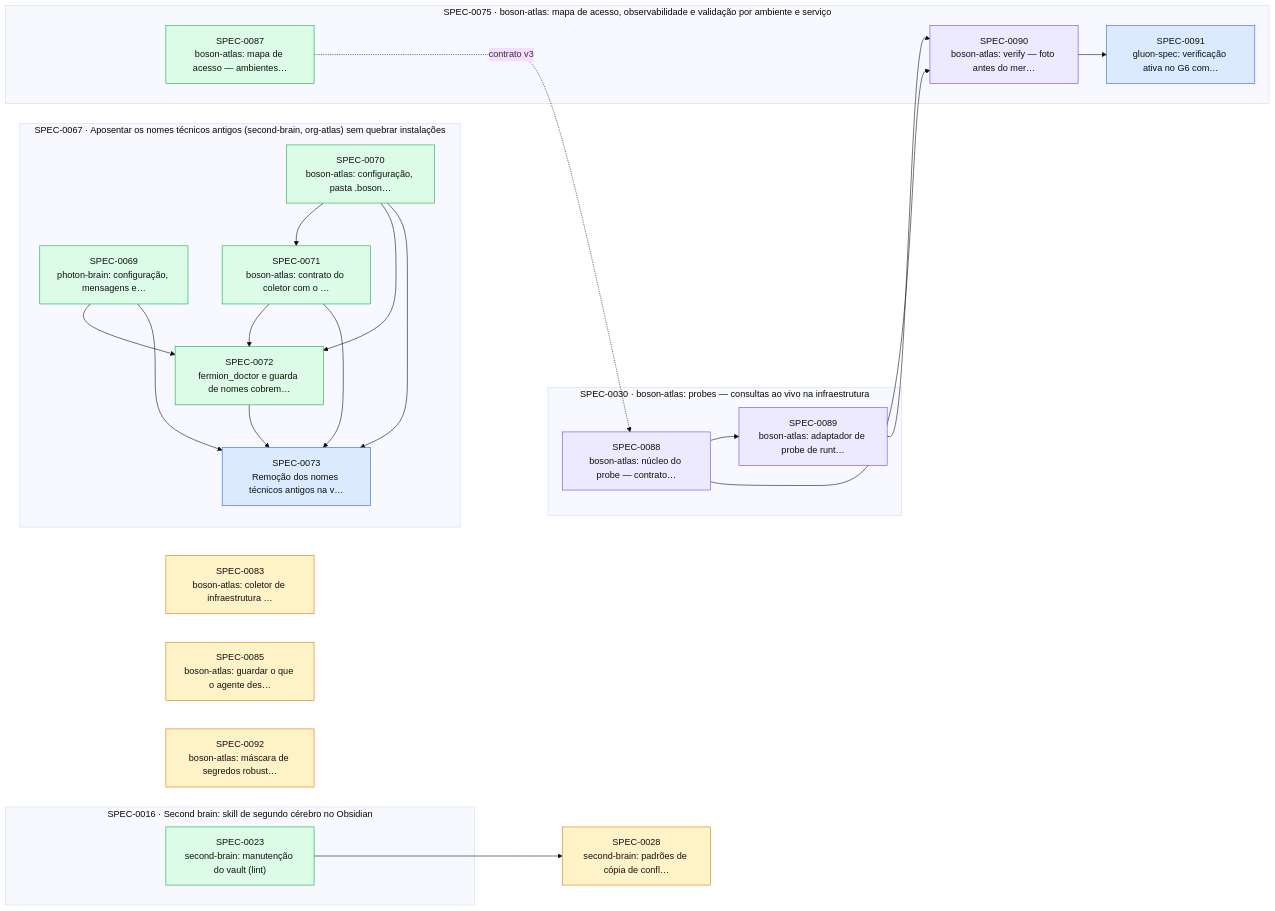
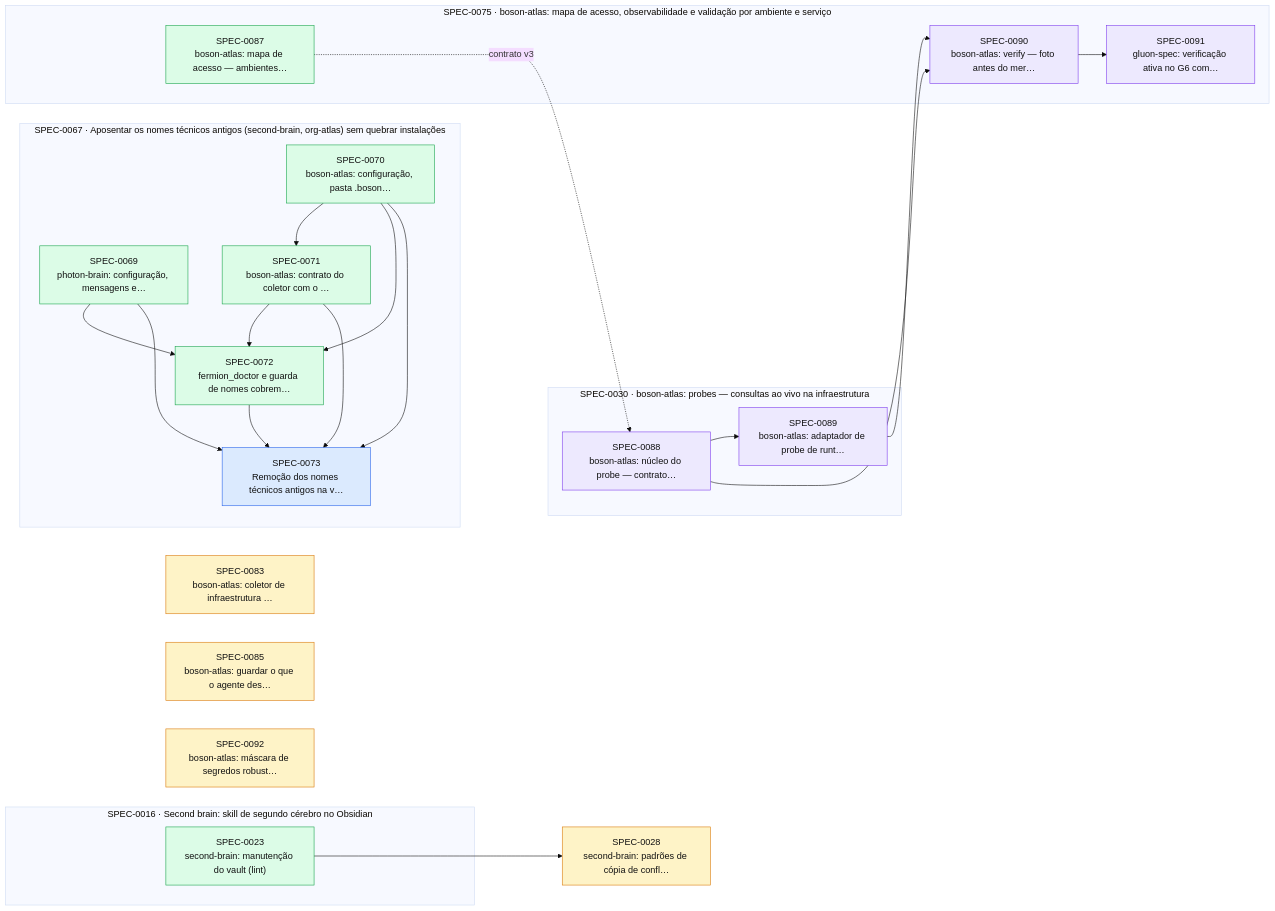
Before and after one commit to thomasravache/ai-dev-brain: the diagram in docs/specs/INDEX.md, drawn with Mermaid (base theme). The commit also changed other lines of this file and 1 other file, not shown here.

First line of the commit message:
docs(specs): planeja a implementação da SPEC-0091

````diff
--- a/docs/specs/INDEX.md
+++ b/docs/specs/INDEX.md
@@ -68,45 +68,45 @@
 ```mermaid
 flowchart LR
   S0028["SPEC-0028<br/>second-brain: padrões de cópia de confl…"]:::proposed
   S0083["SPEC-0083<br/>boson-atlas: coletor de infraestrutura …"]:::proposed
   S0085["SPEC-0085<br/>boson-atlas: guardar o que o agente des…"]:::proposed
   S0092["SPEC-0092<br/>boson-atlas: máscara de segredos robust…"]:::proposed
   subgraph E0016["SPEC-0016 · Second brain: skill de segundo cérebro no Obsidian"]
     S0023["SPEC-0023<br/>second-brain: manutenção do vault (lint)"]:::implemented
   end
   subgraph E0030["SPEC-0030 · boson-atlas: probes — consultas ao vivo na infraestrutura"]
     S0088["SPEC-0088<br/>boson-atlas: núcleo do probe — contrato…"]:::inprogress
     S0089["SPEC-0089<br/>boson-atlas: adaptador de probe de runt…"]:::inprogress
   end
   subgraph E0067["SPEC-0067 · Aposentar os nomes técnicos antigos (second-brain, org-atlas) sem quebrar instalações"]
     S0069["SPEC-0069<br/>photon-brain: configuração, mensagens e…"]:::implemented
     S0070["SPEC-0070<br/>boson-atlas: configuração, pasta .boson…"]:::implemented
     S0071["SPEC-0071<br/>boson-atlas: contrato do coletor com o …"]:::implemented
     S0072["SPEC-0072<br/>fermion_doctor e guarda de nomes cobrem…"]:::implemented
     S0073["SPEC-0073<br/>Remoção dos nomes técnicos antigos na v…"]:::approved
   end
   subgraph E0075["SPEC-0075 · boson-atlas: mapa de acesso, observabilidade e validação por ambiente e serviço"]
     S0087["SPEC-0087<br/>boson-atlas: mapa de acesso — ambientes…"]:::implemented
     S0090["SPEC-0090<br/>boson-atlas: verify — foto antes do mer…"]:::inprogress
-    S0091["SPEC-0091<br/>gluon-spec: verificação ativa no G6 com…"]:::approved
+    S0091["SPEC-0091<br/>gluon-spec: verificação ativa no G6 com…"]:::inprogress
   end
   S0023 --> S0028
   S0070 --> S0071
   S0069 --> S0072
   S0070 --> S0072
   S0071 --> S0072
   S0069 --> S0073
   S0070 --> S0073
   S0071 --> S0073
   S0072 --> S0073
   S0087 -. contrato v3 .-> S0088
   S0088 --> S0089
   S0088 --> S0090
   S0089 --> S0090
   S0090 --> S0091
   classDef proposed fill:#fef3c7,stroke:#d97706,color:#111
   classDef approved fill:#dbeafe,stroke:#2563eb,color:#111
   classDef inprogress fill:#ede9fe,stroke:#7c3aed,color:#111
   classDef implemented fill:#dcfce7,stroke:#16a34a,color:#111
   classDef deprecated fill:#f3f4f6,stroke:#9ca3af,color:#6b7280
 ```
````
